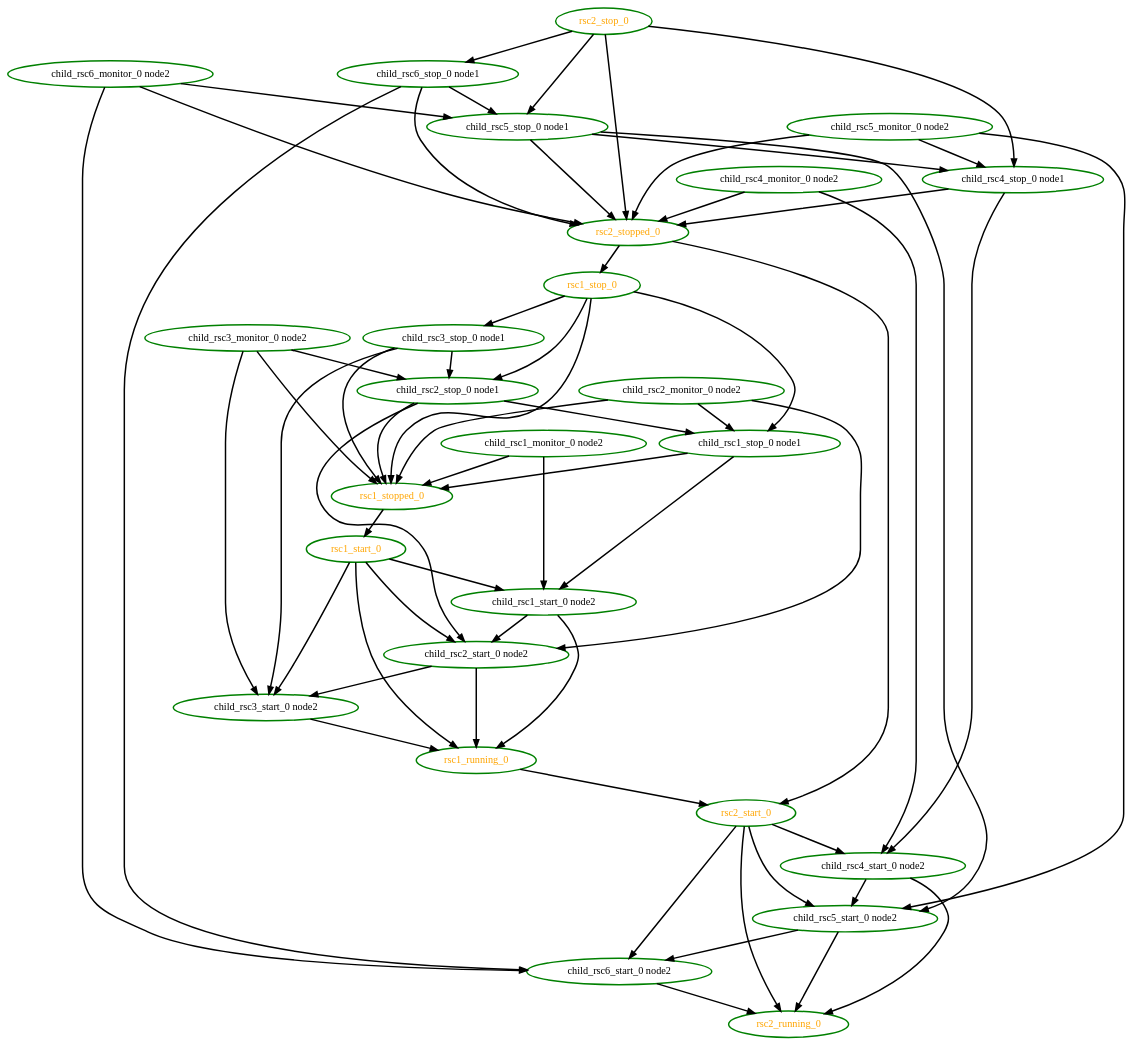
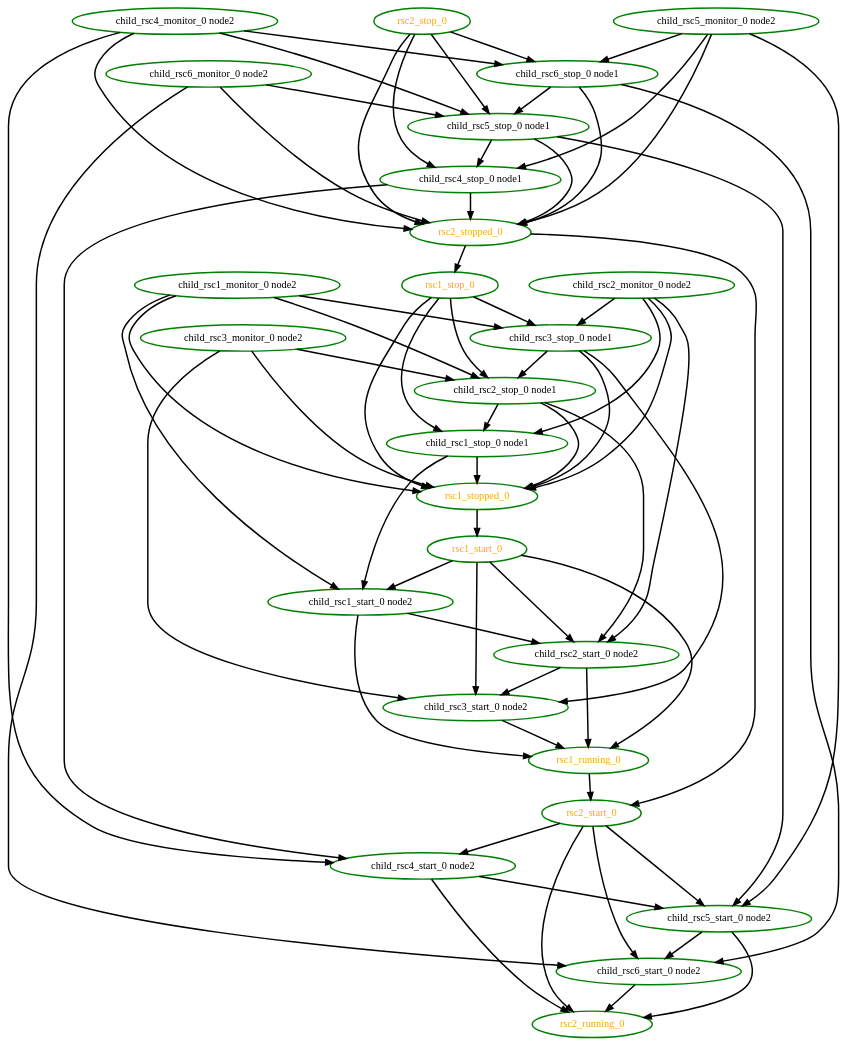
One commit to ClusterLabs/pacemaker changed the diagram in pengine/test10/group6.dot. Above: the diagram before and after it, drawn with Graphviz. The commit also changed 13 other files, not shown here.

```diff
--- a/pengine/test10/group6.dot
+++ b/pengine/test10/group6.dot
@@ -1,90 +1,96 @@
  digraph "g" {
 "child_rsc1_monitor_0 node2" -> "child_rsc1_start_0 node2" [ style = bold]
+"child_rsc1_monitor_0 node2" -> "child_rsc2_stop_0 node1" [ style = bold]
+"child_rsc1_monitor_0 node2" -> "child_rsc3_stop_0 node1" [ style = bold]
 "child_rsc1_monitor_0 node2" -> "rsc1_stopped_0" [ style = bold]
 "child_rsc1_monitor_0 node2" [ style=bold color="green" fontcolor="black" ]
 "child_rsc1_start_0 node2" -> "child_rsc2_start_0 node2" [ style = bold]
 "child_rsc1_start_0 node2" -> "rsc1_running_0" [ style = bold]
 "child_rsc1_start_0 node2" [ style=bold color="green" fontcolor="black" ]
 "child_rsc1_stop_0 node1" -> "child_rsc1_start_0 node2" [ style = bold]
 "child_rsc1_stop_0 node1" -> "rsc1_stopped_0" [ style = bold]
 "child_rsc1_stop_0 node1" [ style=bold color="green" fontcolor="black" ]
 "child_rsc2_monitor_0 node2" -> "child_rsc1_stop_0 node1" [ style = bold]
 "child_rsc2_monitor_0 node2" -> "child_rsc2_start_0 node2" [ style = bold]
+"child_rsc2_monitor_0 node2" -> "child_rsc3_stop_0 node1" [ style = bold]
 "child_rsc2_monitor_0 node2" -> "rsc1_stopped_0" [ style = bold]
 "child_rsc2_monitor_0 node2" [ style=bold color="green" fontcolor="black" ]
 "child_rsc2_start_0 node2" -> "child_rsc3_start_0 node2" [ style = bold]
 "child_rsc2_start_0 node2" -> "rsc1_running_0" [ style = bold]
 "child_rsc2_start_0 node2" [ style=bold color="green" fontcolor="black" ]
 "child_rsc2_stop_0 node1" -> "child_rsc1_stop_0 node1" [ style = bold]
 "child_rsc2_stop_0 node1" -> "child_rsc2_start_0 node2" [ style = bold]
 "child_rsc2_stop_0 node1" -> "rsc1_stopped_0" [ style = bold]
 "child_rsc2_stop_0 node1" [ style=bold color="green" fontcolor="black" ]
 "child_rsc3_monitor_0 node2" -> "child_rsc2_stop_0 node1" [ style = bold]
 "child_rsc3_monitor_0 node2" -> "child_rsc3_start_0 node2" [ style = bold]
 "child_rsc3_monitor_0 node2" -> "rsc1_stopped_0" [ style = bold]
 "child_rsc3_monitor_0 node2" [ style=bold color="green" fontcolor="black" ]
 "child_rsc3_start_0 node2" -> "rsc1_running_0" [ style = bold]
 "child_rsc3_start_0 node2" [ style=bold color="green" fontcolor="black" ]
 "child_rsc3_stop_0 node1" -> "child_rsc2_stop_0 node1" [ style = bold]
 "child_rsc3_stop_0 node1" -> "child_rsc3_start_0 node2" [ style = bold]
 "child_rsc3_stop_0 node1" -> "rsc1_stopped_0" [ style = bold]
 "child_rsc3_stop_0 node1" [ style=bold color="green" fontcolor="black" ]
 "child_rsc4_monitor_0 node2" -> "child_rsc4_start_0 node2" [ style = bold]
+"child_rsc4_monitor_0 node2" -> "child_rsc5_stop_0 node1" [ style = bold]
+"child_rsc4_monitor_0 node2" -> "child_rsc6_stop_0 node1" [ style = bold]
 "child_rsc4_monitor_0 node2" -> "rsc2_stopped_0" [ style = bold]
 "child_rsc4_monitor_0 node2" [ style=bold color="green" fontcolor="black" ]
 "child_rsc4_start_0 node2" -> "child_rsc5_start_0 node2" [ style = bold]
 "child_rsc4_start_0 node2" -> "rsc2_running_0" [ style = bold]
 "child_rsc4_start_0 node2" [ style=bold color="green" fontcolor="black" ]
 "child_rsc4_stop_0 node1" -> "child_rsc4_start_0 node2" [ style = bold]
 "child_rsc4_stop_0 node1" -> "rsc2_stopped_0" [ style = bold]
 "child_rsc4_stop_0 node1" [ style=bold color="green" fontcolor="black" ]
 "child_rsc5_monitor_0 node2" -> "child_rsc4_stop_0 node1" [ style = bold]
 "child_rsc5_monitor_0 node2" -> "child_rsc5_start_0 node2" [ style = bold]
+"child_rsc5_monitor_0 node2" -> "child_rsc6_stop_0 node1" [ style = bold]
 "child_rsc5_monitor_0 node2" -> "rsc2_stopped_0" [ style = bold]
 "child_rsc5_monitor_0 node2" [ style=bold color="green" fontcolor="black" ]
 "child_rsc5_start_0 node2" -> "child_rsc6_start_0 node2" [ style = bold]
 "child_rsc5_start_0 node2" -> "rsc2_running_0" [ style = bold]
 "child_rsc5_start_0 node2" [ style=bold color="green" fontcolor="black" ]
 "child_rsc5_stop_0 node1" -> "child_rsc4_stop_0 node1" [ style = bold]
 "child_rsc5_stop_0 node1" -> "child_rsc5_start_0 node2" [ style = bold]
 "child_rsc5_stop_0 node1" -> "rsc2_stopped_0" [ style = bold]
 "child_rsc5_stop_0 node1" [ style=bold color="green" fontcolor="black" ]
 "child_rsc6_monitor_0 node2" -> "child_rsc5_stop_0 node1" [ style = bold]
 "child_rsc6_monitor_0 node2" -> "child_rsc6_start_0 node2" [ style = bold]
 "child_rsc6_monitor_0 node2" -> "rsc2_stopped_0" [ style = bold]
 "child_rsc6_monitor_0 node2" [ style=bold color="green" fontcolor="black" ]
 "child_rsc6_start_0 node2" -> "rsc2_running_0" [ style = bold]
 "child_rsc6_start_0 node2" [ style=bold color="green" fontcolor="black" ]
 "child_rsc6_stop_0 node1" -> "child_rsc5_stop_0 node1" [ style = bold]
 "child_rsc6_stop_0 node1" -> "child_rsc6_start_0 node2" [ style = bold]
 "child_rsc6_stop_0 node1" -> "rsc2_stopped_0" [ style = bold]
 "child_rsc6_stop_0 node1" [ style=bold color="green" fontcolor="black" ]
 "rsc1_running_0" -> "rsc2_start_0" [ style = bold]
 "rsc1_running_0" [ style=bold color="green" fontcolor="orange" ]
 "rsc1_start_0" -> "child_rsc1_start_0 node2" [ style = bold]
 "rsc1_start_0" -> "child_rsc2_start_0 node2" [ style = bold]
 "rsc1_start_0" -> "child_rsc3_start_0 node2" [ style = bold]
 "rsc1_start_0" -> "rsc1_running_0" [ style = bold]
 "rsc1_start_0" [ style=bold color="green" fontcolor="orange" ]
 "rsc1_stop_0" -> "child_rsc1_stop_0 node1" [ style = bold]
 "rsc1_stop_0" -> "child_rsc2_stop_0 node1" [ style = bold]
 "rsc1_stop_0" -> "child_rsc3_stop_0 node1" [ style = bold]
 "rsc1_stop_0" -> "rsc1_stopped_0" [ style = bold]
 "rsc1_stop_0" [ style=bold color="green" fontcolor="orange" ]
 "rsc1_stopped_0" -> "rsc1_start_0" [ style = bold]
 "rsc1_stopped_0" [ style=bold color="green" fontcolor="orange" ]
 "rsc2_running_0" [ style=bold color="green" fontcolor="orange" ]
 "rsc2_start_0" -> "child_rsc4_start_0 node2" [ style = bold]
 "rsc2_start_0" -> "child_rsc5_start_0 node2" [ style = bold]
 "rsc2_start_0" -> "child_rsc6_start_0 node2" [ style = bold]
 "rsc2_start_0" -> "rsc2_running_0" [ style = bold]
 "rsc2_start_0" [ style=bold color="green" fontcolor="orange" ]
 "rsc2_stop_0" -> "child_rsc4_stop_0 node1" [ style = bold]
 "rsc2_stop_0" -> "child_rsc5_stop_0 node1" [ style = bold]
 "rsc2_stop_0" -> "child_rsc6_stop_0 node1" [ style = bold]
 "rsc2_stop_0" -> "rsc2_stopped_0" [ style = bold]
 "rsc2_stop_0" [ style=bold color="green" fontcolor="orange" ]
 "rsc2_stopped_0" -> "rsc1_stop_0" [ style = bold]
 "rsc2_stopped_0" -> "rsc2_start_0" [ style = bold]
 "rsc2_stopped_0" [ style=bold color="green" fontcolor="orange" ]
 }
```
